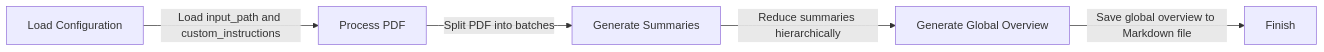
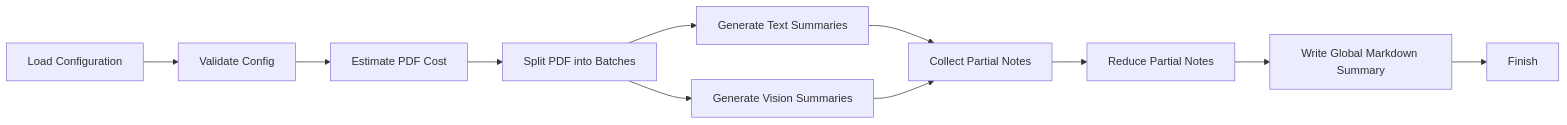
Before and after one commit to RodriNico2206/ai_study_assistant: the diagram in README.md, drawn with Mermaid. The commit also changed other lines of this file, not shown here.

Commit message:
feat: Update README with module details, prerequisites, and usage instructions

````diff
--- a/README.md
+++ b/README.md
@@ -88,7 +113,13 @@
 ```mermaid
 graph LR
-    A[Load Configuration] -->|Load input_path and custom_instructions| B[Process PDF]
-    B -->|Split PDF into batches| C[Generate Summaries]
-    C -->|Reduce summaries hierarchically| D[Generate Global Overview]
-    D -->|Save global overview to Markdown file| E[Finish]
+    A[Load Configuration] --> B[Validate Config]
+    B --> C[Estimate PDF Cost]
+    C --> D[Split PDF into Batches]
+    D --> E[Generate Text Summaries]
+    D --> F[Generate Vision Summaries]
+    E --> G[Collect Partial Notes]
+    F --> G
+    G --> H[Reduce Partial Notes]
+    H --> I[Write Global Markdown Summary]
+    I --> J[Finish]
 ```
````
